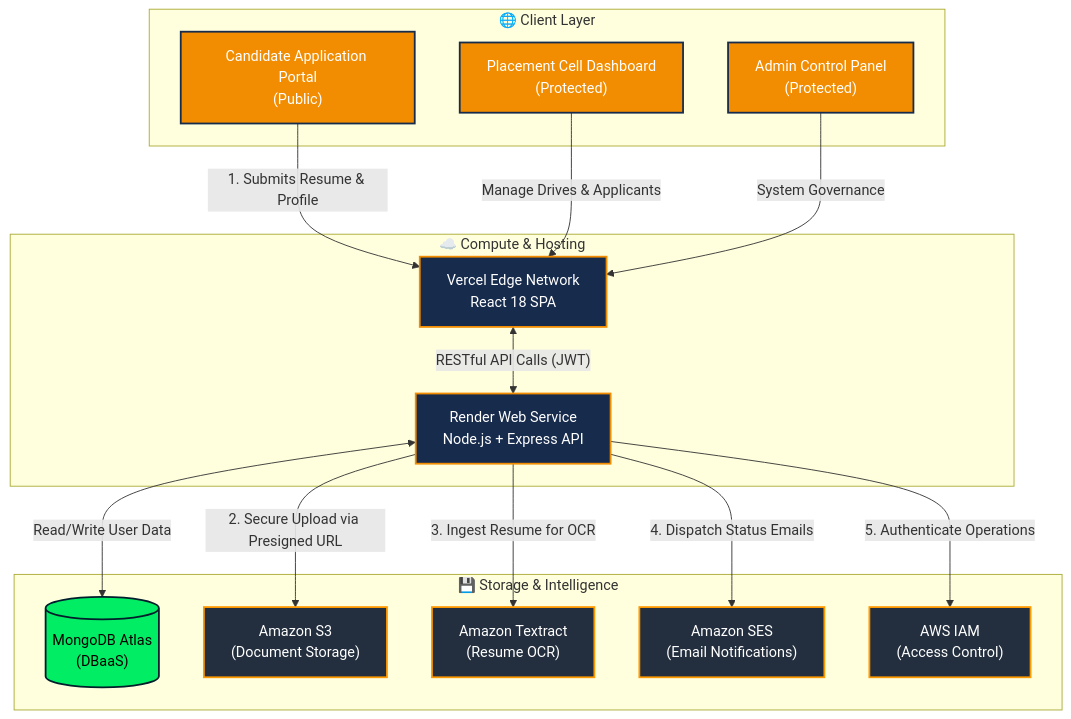
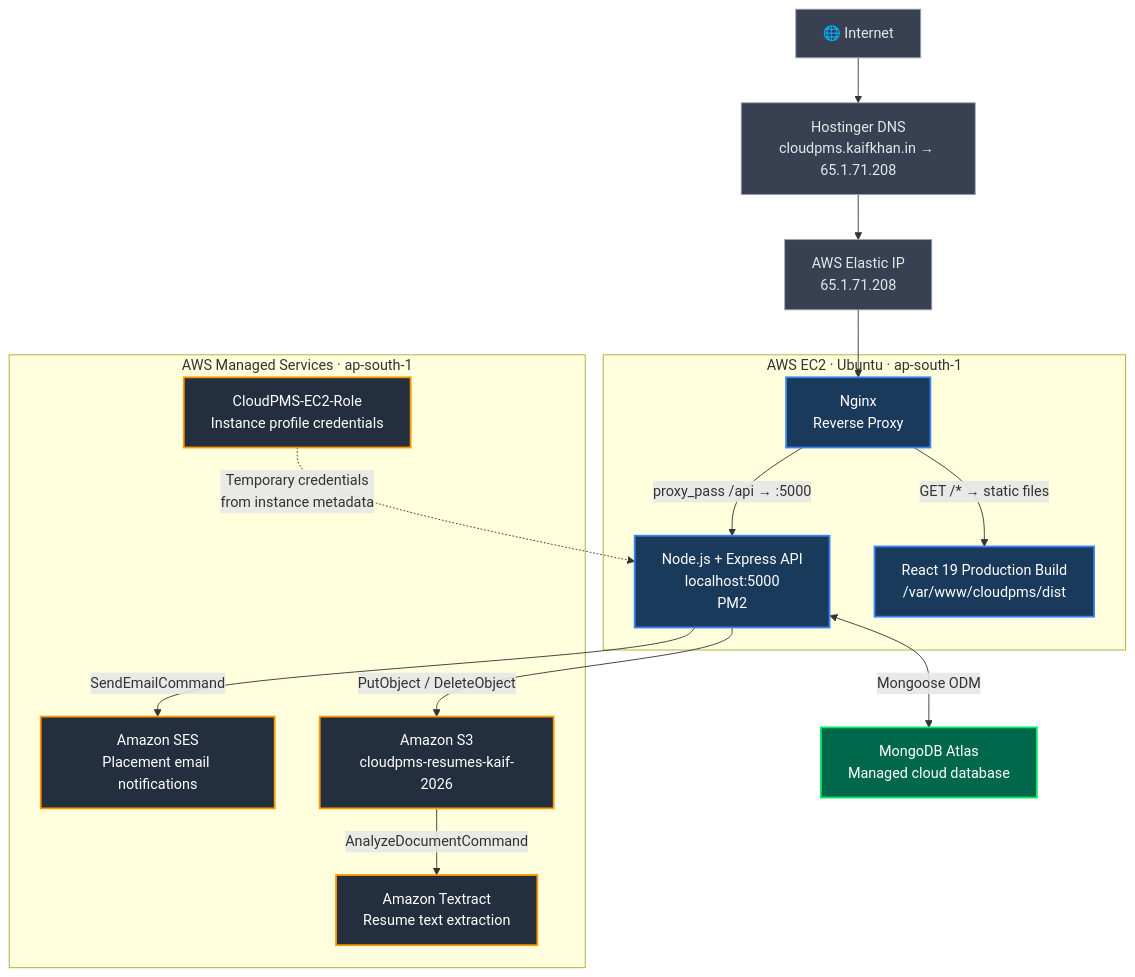
One commit to Kaifkhan1212/CloudPMS-PlacementPortal changed the diagram in README.md. Above: the diagram before and after it, drawn with Mermaid. The commit also changed other lines of this file and 3 other files, not shown here.

Commit message:
docs: Update documentation for production architecture and accurate AWS details

````diff
--- a/README.md
+++ b/README.md
@@ -15,48 +109,39 @@
 ```mermaid
 flowchart TD
-    %% Client Layer
-    subgraph ClientLayer["🌐 Client Layer"]
-        Candidate["Candidate Application Portal\n(Public)"]
-        Recruiter["Placement Cell Dashboard\n(Protected)"]
-        Admin["Admin Control Panel\n(Protected)"]
+    Internet["🌐 Internet"]
+    DNS["Hostinger DNS\ncloudpms.kaifkhan.in → 65.1.71.208"]
+    EIP["AWS Elastic IP\n65.1.71.208"]
+
+    subgraph EC2["AWS EC2  ·  Ubuntu  ·  ap-south-1"]
+        Nginx["Nginx\nReverse Proxy"]
+        ReactBuild["React 19 Production Build\n/var/www/cloudpms/dist"]
+        Express["Node.js + Express API\nlocalhost:5000\nPM2"]
     end
 
-    %% Compute & Hosting
-    subgraph ComputeLayer["☁️ Compute & Hosting"]
-        Frontend["Vercel Edge Network\nReact 18 SPA"]
-        Backend["Render Web Service\nNode.js + Express API"]
+    subgraph AWS["AWS Managed Services  ·  ap-south-1"]
+        S3["Amazon S3\ncloudpms-resumes-kaif-2026"]
+        Textract["Amazon Textract\nResume text extraction"]
+        SES["Amazon SES\nPlacement email notifications"]
+        IAMRole["CloudPMS-EC2-Role\nInstance profile credentials"]
     end
 
-    %% Storage & Database
-    subgraph StorageLayer["💾 Storage & Intelligence"]
-        MongoDB[("MongoDB Atlas\n(DBaaS)")]
-        S3["Amazon S3\n(Document Storage)"]
-        Textract["Amazon Textract\n(Resume OCR)"]
-        SES["Amazon SES\n(Email Notifications)"]
-        IAM["AWS IAM\n(Access Control)"]
-    end
+    Atlas["MongoDB Atlas\nManaged cloud database"]
 
-    %% Connections
-    Candidate -->|"1. Submits Resume & Profile"| Frontend
-    Recruiter -->|"Manage Drives & Applicants"| Frontend
-    Admin -->|"System Governance"| Frontend
+    Internet --> DNS --> EIP --> Nginx
+    Nginx -->|"GET /* → static files"| ReactBuild
+    Nginx -->|"proxy_pass /api → :5000"| Express
+    Express <-->|"Mongoose ODM"| Atlas
+    Express -->|"PutObject / DeleteObject"| S3
+    S3 -->|"AnalyzeDocumentCommand"| Textract
+    Express -->|"SendEmailCommand"| SES
+    IAMRole -.->|"Temporary credentials\nfrom instance metadata"| Express
 
-    Frontend <-->|"RESTful API Calls (JWT)"| Backend
-
-    Backend <-->|"Read/Write User Data"| MongoDB
-    Backend -->|"2. Secure Upload via Presigned URL"| S3
-    Backend -->|"3. Ingest Resume for OCR"| Textract
-    Backend -->|"4. Dispatch Status Emails"| SES
-    Backend -->|"5. Authenticate Operations"| IAM
-
-    %% Styling
-    classDef aws fill:#232f3e,stroke:#ff9900,stroke-width:2px,color:#fff;
-    classDef client fill:#f28c00,stroke:#172b4d,stroke-width:2px,color:#fff;
-    classDef compute fill:#172b4d,stroke:#f28c00,stroke-width:2px,color:#fff;
-    classDef db fill:#00ed64,stroke:#001e2b,stroke-width:2px,color:#000;
-    
-    class S3,Textract,SES,IAM aws;
-    class Candidate,Recruiter,Admin client;
-    class Frontend,Backend compute;
-    class MongoDB db;
+    classDef aws fill:#232f3e,stroke:#ff9900,stroke-width:2px,color:#fff
+    classDef ec2inner fill:#1a3a5c,stroke:#3b82f6,stroke-width:2px,color:#fff
+    classDef db fill:#00684a,stroke:#00ed64,stroke-width:2px,color:#fff
+    classDef net fill:#374151,stroke:#9ca3af,stroke-width:1px,color:#e5e7eb
+    class S3,Textract,SES,IAMRole aws
+    class Nginx,ReactBuild,Express ec2inner
+    class Atlas db
+    class Internet,DNS,EIP net
 ```
````
